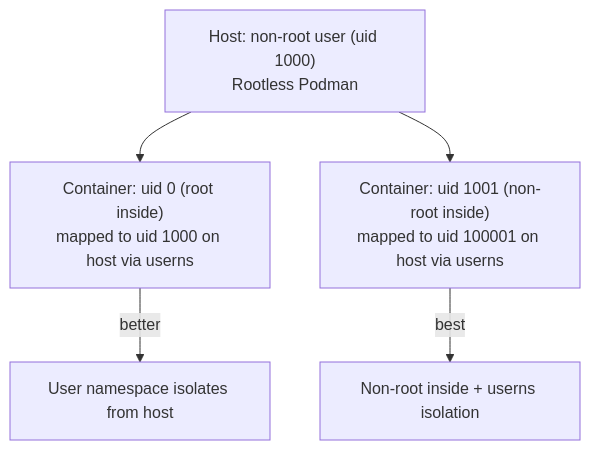
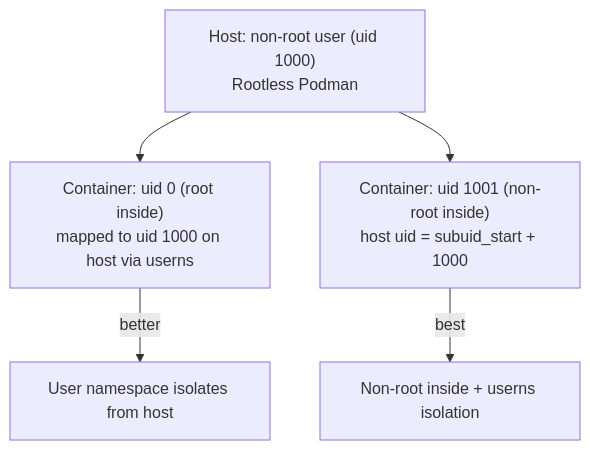
The fourth of 6 diagrams in modules/12-security.md (UncleJS/course_podman), drawn with Mermaid before and after one commit. The commit also changed other lines of this file and 58 other files, not shown here.

````diff
--- a/modules/12-security.md
+++ b/modules/12-security.md
@@ -335,7 +338,7 @@
 ```mermaid
 graph TD
     A["Host: non-root user (uid 1000)<br/>Rootless Podman"] --> B["Container: uid 0 (root inside)<br/>mapped to uid 1000 on host via userns"]
-    A --> C["Container: uid 1001 (non-root inside)<br/>mapped to uid 100001 on host via userns"]
+    A --> C["Container: uid 1001 (non-root inside)<br/>host uid = subuid_start + 1000"]
     B -->|"better"| D["User namespace isolates from host"]
     C -->|"best"| E["Non-root inside + userns isolation"]
 ```
````
